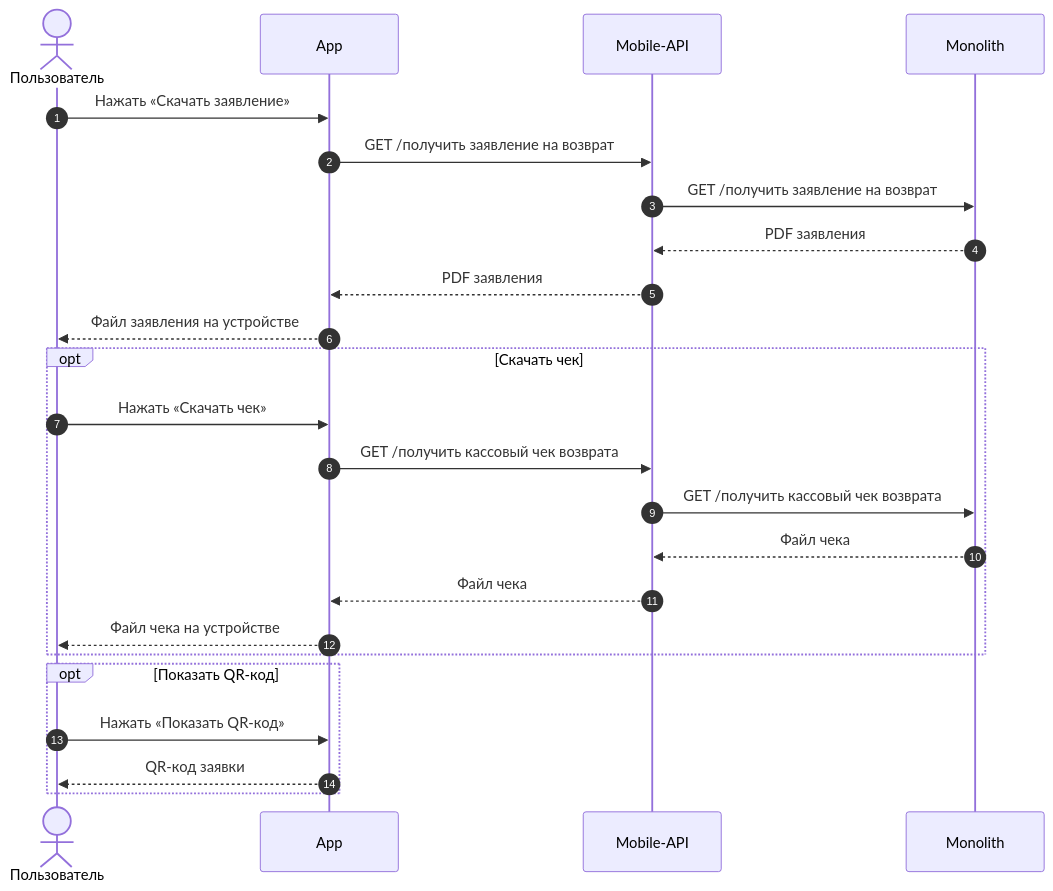
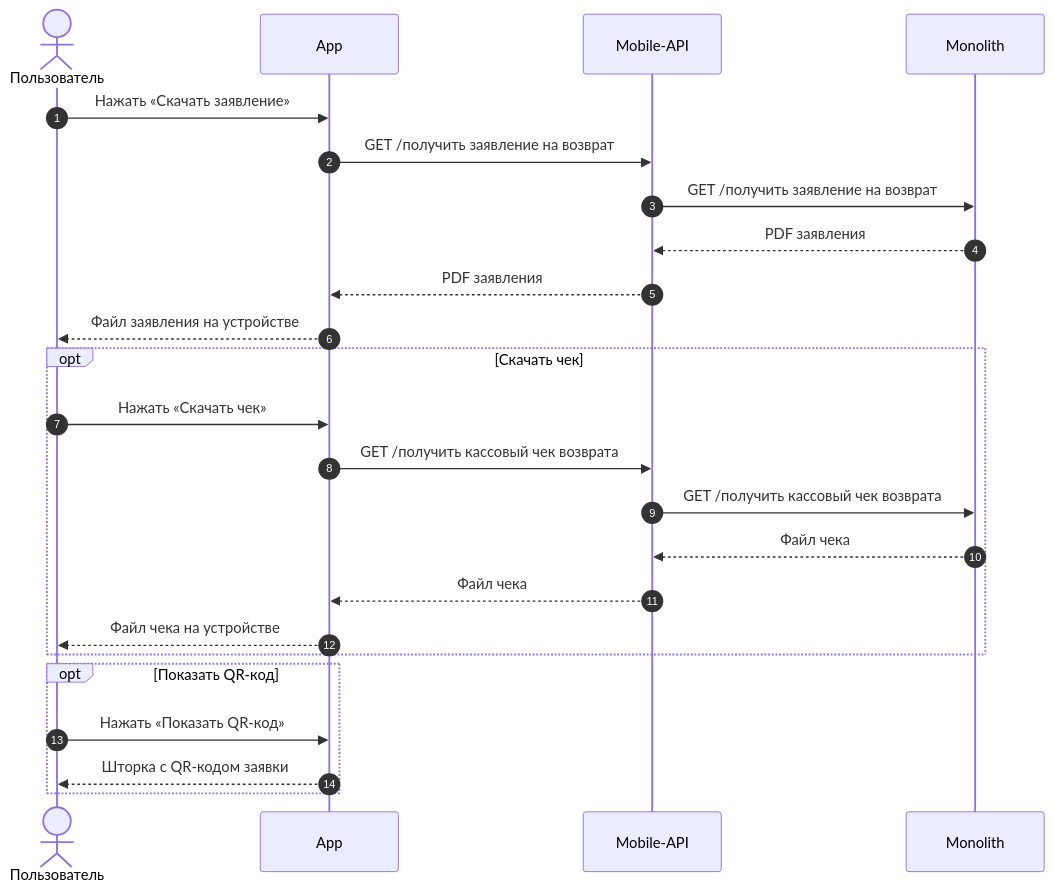
One commit to Terinss155/opencode-agents-analysis changed diagram 23 of 24 in projects/returns-2.0/requirements/srs/srs-mobile-mvp.md. Above: the diagram before and after it, drawn with Mermaid. The commit also changed other lines of this file and 135 other files, not shown here.

````diff
--- a/projects/returns-2.0/requirements/srs/srs-mobile-mvp.md
+++ b/projects/returns-2.0/requirements/srs/srs-mobile-mvp.md
@@ -1267,29 +1318,29 @@
 ```mermaid
 sequenceDiagram
     autonumber
     actor U as Пользователь
     participant APP as App
     participant API as Mobile-API
     participant MON as Monolith
 
     U->>APP: Нажать «Скачать заявление»
     APP->>API: GET /получить заявление на возврат
     API->>MON: GET /получить заявление на возврат
     MON-->>API: PDF заявления
     API-->>APP: PDF заявления
     APP-->>U: Файл заявления на устройстве
 
     opt Скачать чек
         U->>APP: Нажать «Скачать чек»
         APP->>API: GET /получить кассовый чек возврата
         API->>MON: GET /получить кассовый чек возврата
         MON-->>API: Файл чека
         API-->>APP: Файл чека
         APP-->>U: Файл чека на устройстве
     end
 
     opt Показать QR-код
         U->>APP: Нажать «Показать QR-код»
-        APP-->>U: QR-код заявки
+        APP-->>U: Шторка с QR-кодом заявки
     end
 ```
````
